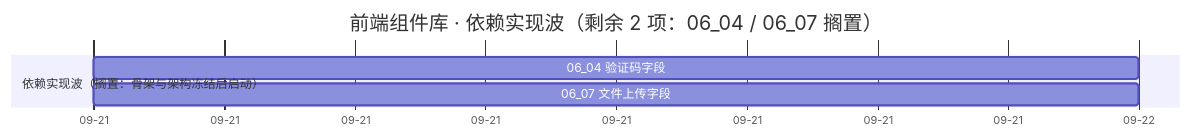
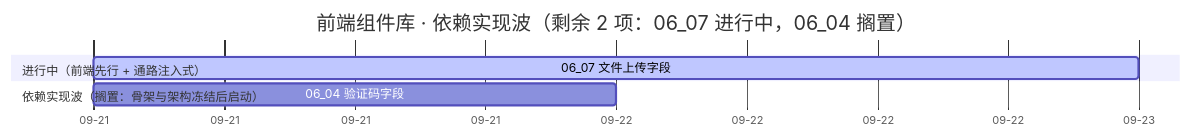
Before and after one commit to minjian123/basic-management-system: the diagram in bms文档/项目/04_前端组件库/计划/01_计划_前端组件库.md, drawn with Mermaid. The commit also changed other lines of this file and 3 other files, not shown here.

Commit message:
docs(06_07): 文件上传字段详细设计定稿（前端先行 + 通路注入式：上传引擎扩展 / 预签名扩展 / 组件基类 BaseFileUpload / 通路插件轨 / 四件与表单协同 / 压缩与裁剪）

````diff
--- a/bms文档/项目/04_前端组件库/计划/01_计划_前端组件库.md
+++ b/bms文档/项目/04_前端组件库/计划/01_计划_前端组件库.md
@@ -79,10 +79,11 @@
 ```mermaid
 gantt
-    title 前端组件库 · 依赖实现波（剩余 2 项：06_04 / 06_07 搁置）
+    title 前端组件库 · 依赖实现波（剩余 2 项：06_07 进行中，06_04 搁置）
     dateFormat  YYYY-MM-DD
     axisFormat %m-%d
     %% 已完成任务不入甘特：域 02 / 03 / 04 / 05 / 10 与域 06（06_01 ~ 06_03 / 06_05）、域 07（全部）、域 08（08_01 ~ 08_10）均已完成
+    section 进行中（前端先行 + 通路注入式）
+    06_07 文件上传字段 :active, c0607, 2026-09-21, 2d
     section 依赖实现波（搁置：骨架与架构冻结后启动）
     06_04 验证码字段 :c0604, 2026-09-21, 1d
-    06_07 文件上传字段 :c0607, 2026-09-21, 1d
 ```
````
